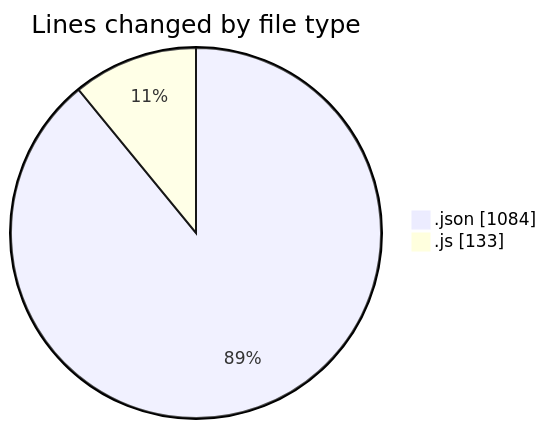
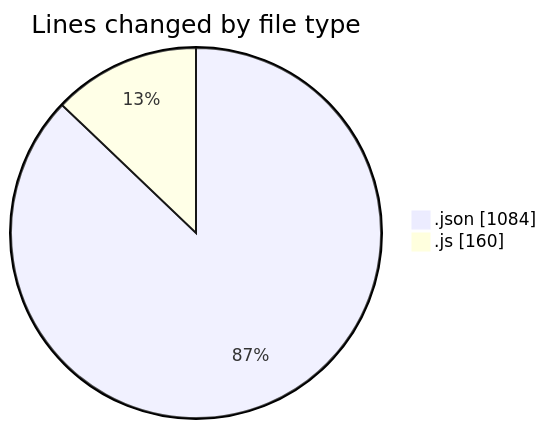
One commit to lephambinh05/code-tracking changed the first of 2 diagrams in 2025-07-10/getmailotp/README.md. Above: the diagram before and after it, drawn with Mermaid. The commit also changed other lines of this file and 1 other file, not shown here.

````diff
--- a/2025-07-10/getmailotp/README.md
+++ b/2025-07-10/getmailotp/README.md
@@ -21,6 +21,6 @@
 ```mermaid
 pie showData
 title Lines changed by file type
 ".json" : 1084
-".js" : 133
+".js" : 160
 ```
````
